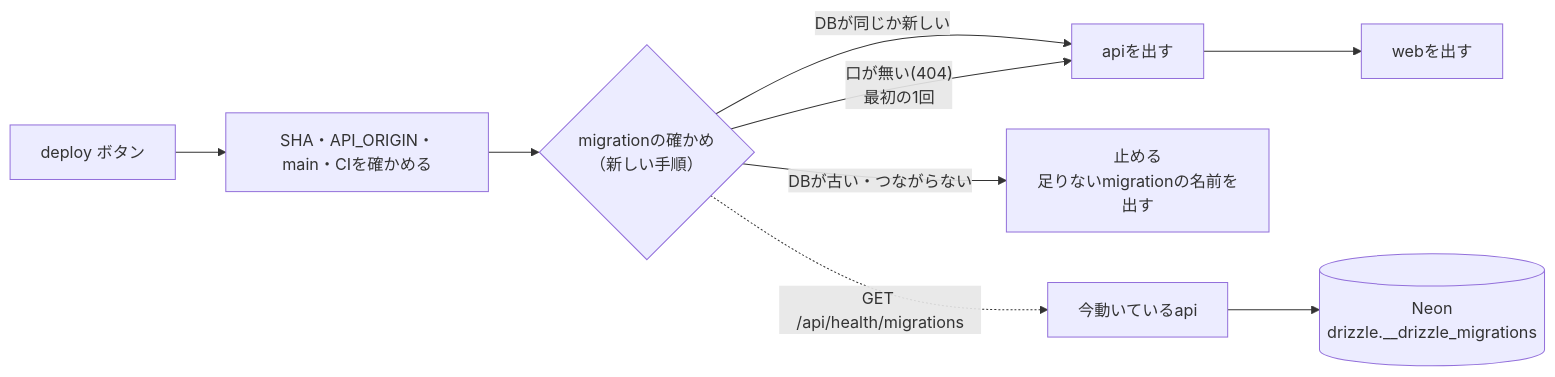
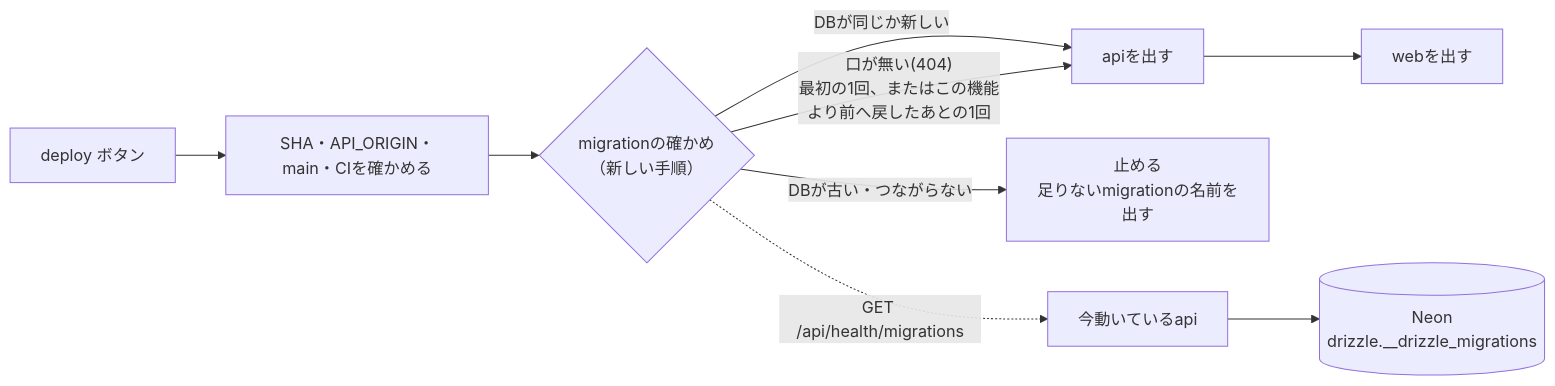
The second of 3 diagrams in docs/designs/migration-deploy-check.md (oze-xxbumpxx/Tomotabi), drawn with Mermaid before and after one commit. The commit also changed other lines of this file and 3 other files, not shown here.

````diff
--- a/docs/designs/migration-deploy-check.md
+++ b/docs/designs/migration-deploy-check.md
@@ -47,8 +47,8 @@
 ```mermaid
 flowchart LR
   B["deploy ボタン"] --> V["SHA・API_ORIGIN・main・CIを確かめる"] --> C{"migrationの確かめ<br/>（新しい手順）"}
   C -->|"DBが同じか新しい"| A["apiを出す"] --> W["webを出す"]
   C -->|"DBが古い・つながらない"| S["止める<br/>足りないmigrationの名前を出す"]
-  C -->|"口が無い(404)<br/>最初の1回"| A
+  C -->|"口が無い(404)<br/>最初の1回、またはこの機能より前へ戻したあとの1回"| A
   C -. "GET /api/health/migrations" .-> OLD["今動いているapi"] --> DB[("Neon<br/>drizzle.__drizzle_migrations")]
 ```
````
